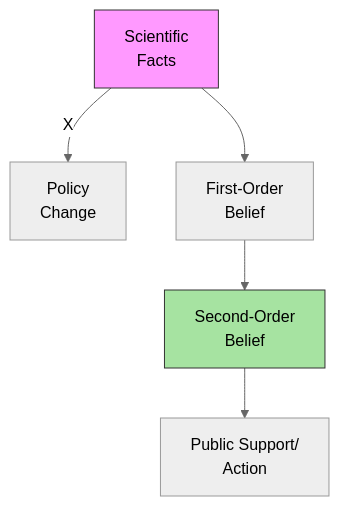
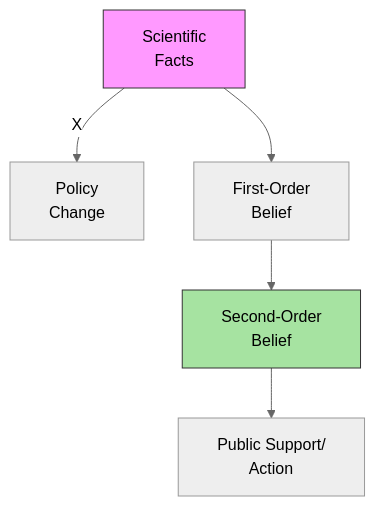
Before and after one commit to GM024/CourseSummaries: the second of 7 diagrams in Communication_Influence/Mastery_Guide_SOW_BS033.md, drawn with Mermaid (neutral theme). The commit also changed other lines of this file, not shown here.

Commit message:
Implement Forced Padding (&nbsp;) in all Mermaid diagrams to prevent overflow

````diff
--- a/Communication_Influence/Mastery_Guide_SOW_BS033.md
+++ b/Communication_Influence/Mastery_Guide_SOW_BS033.md
@@ -58,9 +58,9 @@
 ```mermaid
 graph TD
-    Knowledge[Scientific<br/>Facts] -- X --> Action[Policy<br/>Change]
-    Knowledge --> IndividualBelief[First-Order<br/>Belief]
-    IndividualBelief --> SocialPerception[Second-Order<br/>Belief]
-    SocialPerception --> CollectiveAction[Public Support/<br/>Action]
+    Knowledge["&nbsp; Scientific &nbsp;<br/>&nbsp; Facts &nbsp;"] -- X --> Action["&nbsp; Policy &nbsp;<br/>&nbsp; Change &nbsp;"]
+    Knowledge --> IndividualBelief["&nbsp; First-Order &nbsp;<br/>&nbsp; Belief &nbsp;"]
+    IndividualBelief --> SocialPerception["&nbsp; Second-Order &nbsp;<br/>&nbsp; Belief &nbsp;"]
+    SocialPerception --> CollectiveAction["&nbsp; Public Support/ &nbsp;<br/>&nbsp; Action &nbsp;"]
     style Knowledge fill:#f9f,stroke:#333
     style SocialPerception fill:#a6e3a1,stroke:#333
 ```
````
